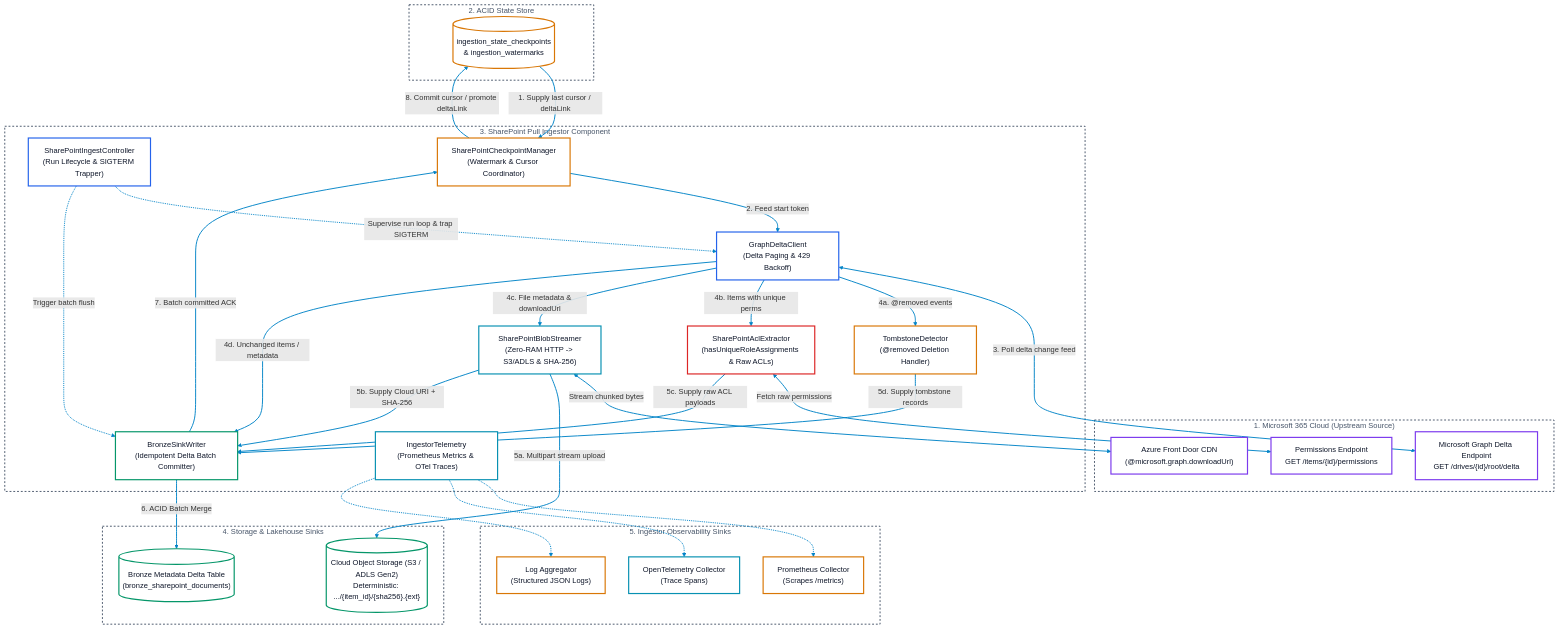
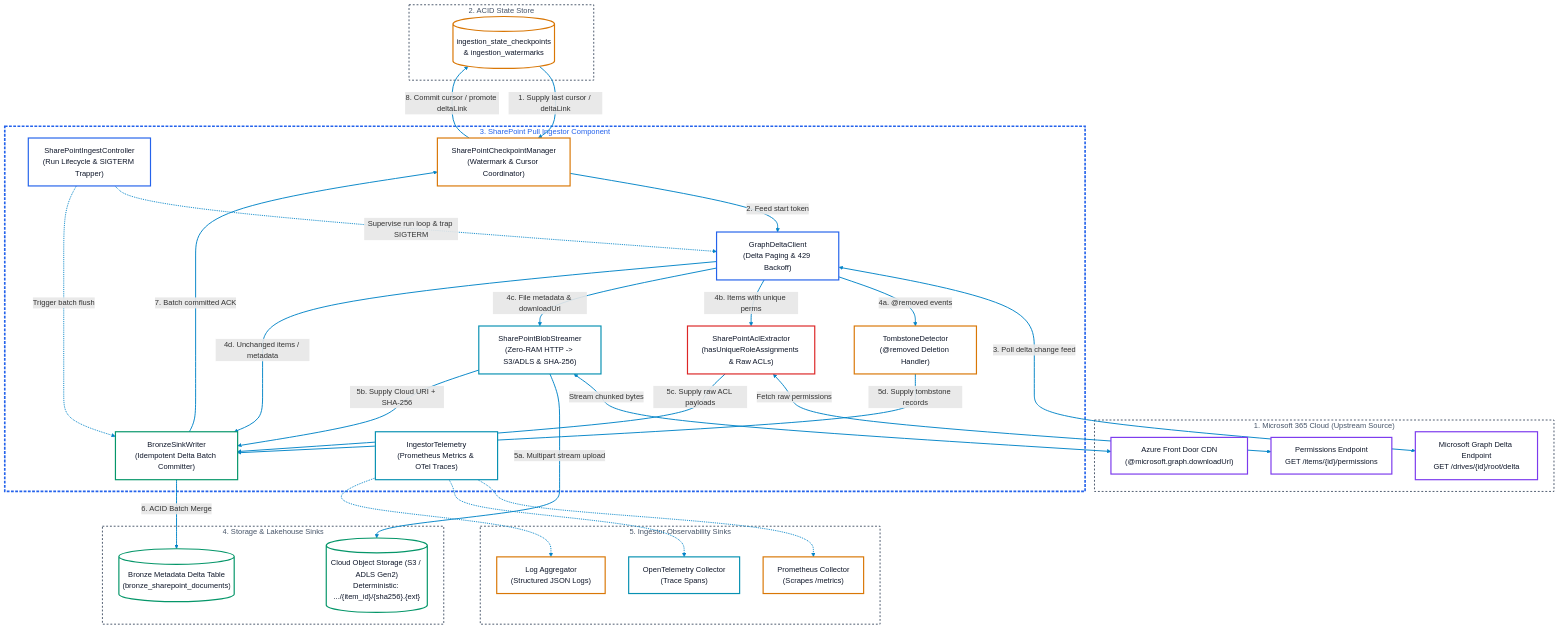
The first of 2 diagrams in docs/architectures/sharepoint_pull_ingestor_architecture.md (toanbui626391/document_ingestors), drawn with Mermaid before and after one commit. The commit also changed 5 other files, not shown here.

````diff
--- a/docs/architectures/sharepoint_pull_ingestor_architecture.md
+++ b/docs/architectures/sharepoint_pull_ingestor_architecture.md
@@ -14,82 +14,82 @@
 ```mermaid
 flowchart TD
     subgraph UpstreamM365 ["1. Microsoft 365 Cloud (Upstream Source)"]
         GraphDelta["Microsoft Graph Delta Endpoint\nGET /drives/{id}/root/delta"]:::purple
         GraphPerms["Permissions Endpoint\nGET /items/{id}/permissions"]:::purple
         AzureCDN["Azure Front Door CDN\n(@microsoft.graph.downloadUrl)"]:::purple
     end
 
     subgraph StateTier ["2. ACID State Store"]
         StateDB[("ingestion_state_checkpoints\n& ingestion_watermarks")]:::amber
     end
 
     subgraph SharePointIngestor ["3. SharePoint Pull Ingestor Component"]
         Controller["SharePointIngestController\n(Run Lifecycle & SIGTERM Trapper)"]:::blue
         CheckpointMgr["SharePointCheckpointManager\n(Watermark & Cursor Coordinator)"]:::amber
         DeltaClient["GraphDeltaClient\n(Delta Paging & 429 Backoff)"]:::blue
         TombstoneHandler["TombstoneDetector\n(@removed Deletion Handler)"]:::amber
         AclExtractor["SharePointAclExtractor\n(hasUniqueRoleAssignments & Raw ACLs)"]:::red
         BlobStreamer["SharePointBlobStreamer\n(Zero-RAM HTTP -> S3/ADLS & SHA-256)"]:::cyan
         BronzeWriter["BronzeSinkWriter\n(Idempotent Delta Batch Committer)"]:::green
         Telemetry["IngestorTelemetry\n(Prometheus Metrics & OTel Traces)"]:::cyan
     end
 
     subgraph IngestSinks ["4. Storage & Lakehouse Sinks"]
         CloudStorage[("Cloud Object Storage (S3 / ADLS Gen2)\nDeterministic: .../{item_id}/{sha256}.{ext}")]:::green
         BronzeTable[("Bronze Metadata Delta Table\n(bronze_sharepoint_documents)")]:::green
     end
 
     subgraph Observability ["5. Ingestor Observability Sinks"]
         Prom["Prometheus Collector\n(Scrapes /metrics)"]:::amber
         Otel["OpenTelemetry Collector\n(Trace Spans)"]:::cyan
         Logs["Log Aggregator\n(Structured JSON Logs)"]:::amber
     end
 
     %% Data Flow Transitions
     StateDB -->|1. Supply last cursor / deltaLink| CheckpointMgr
     CheckpointMgr -->|2. Feed start token| DeltaClient
     DeltaClient <-->|3. Poll delta change feed| GraphDelta
 
     DeltaClient -->|4a. @removed events| TombstoneHandler
     DeltaClient -->|4b. Items with unique perms| AclExtractor
     DeltaClient -->|4c. File metadata & downloadUrl| BlobStreamer
     DeltaClient -->|4d. Unchanged items / metadata| BronzeWriter
 
     AclExtractor <-->|Fetch raw permissions| GraphPerms
     BlobStreamer <-->|Stream chunked bytes| AzureCDN
 
     BlobStreamer -->|5a. Multipart stream upload| CloudStorage
     BlobStreamer -->|5b. Supply Cloud URI + SHA-256| BronzeWriter
     AclExtractor -->|5c. Supply raw ACL payloads| BronzeWriter
     TombstoneHandler -->|5d. Supply tombstone records| BronzeWriter
 
     BronzeWriter -->|6. ACID Batch Merge| BronzeTable
     BronzeWriter -->|7. Batch committed ACK| CheckpointMgr
     CheckpointMgr -->|8. Commit cursor / promote deltaLink| StateDB
 
     %% Controller & Telemetry
     Controller -.->|Supervise run loop & trap SIGTERM| DeltaClient
     Controller -.->|Trigger batch flush| BronzeWriter
     Telemetry -.-> Prom
     Telemetry -.-> Otel
     Telemetry -.-> Logs
 
-    %% Subgraphs Styling
+    %% Subgraphs Styling (Bigger container has thicker border line)
     style UpstreamM365 fill:none,stroke:#475569,stroke-width:2px,stroke-dasharray: 4 4,color:#475569
     style StateTier fill:none,stroke:#475569,stroke-width:2px,stroke-dasharray: 4 4,color:#475569
-    style SharePointIngestor fill:none,stroke:#475569,stroke-width:2px,stroke-dasharray: 4 4,color:#475569
+    style SharePointIngestor fill:none,stroke:#2563eb,stroke-width:3.5px,stroke-dasharray: 6 3,color:#2563eb
     style IngestSinks fill:none,stroke:#475569,stroke-width:2px,stroke-dasharray: 4 4,color:#475569
     style Observability fill:none,stroke:#475569,stroke-width:2px,stroke-dasharray: 4 4,color:#475569
 
     %% High-Visibility Link Arrows
     linkStyle default stroke:#0284c7,stroke-width:2px
 
     %% Dual-Mode Card Palette
     classDef default fill:#ffffff,stroke:#475569,stroke-width:2.5px,color:#0f172a;
     classDef blue    fill:#ffffff,stroke:#2563eb,stroke-width:2.5px,color:#0f172a;
     classDef green   fill:#ffffff,stroke:#059669,stroke-width:2.5px,color:#0f172a;
     classDef amber   fill:#ffffff,stroke:#d97706,stroke-width:2.5px,color:#0f172a;
     classDef purple  fill:#ffffff,stroke:#7c3aed,stroke-width:2.5px,color:#0f172a;
     classDef red     fill:#ffffff,stroke:#dc2626,stroke-width:2.5px,color:#0f172a;
     classDef cyan    fill:#ffffff,stroke:#0891b2,stroke-width:2.5px,color:#0f172a;
 ```
````
